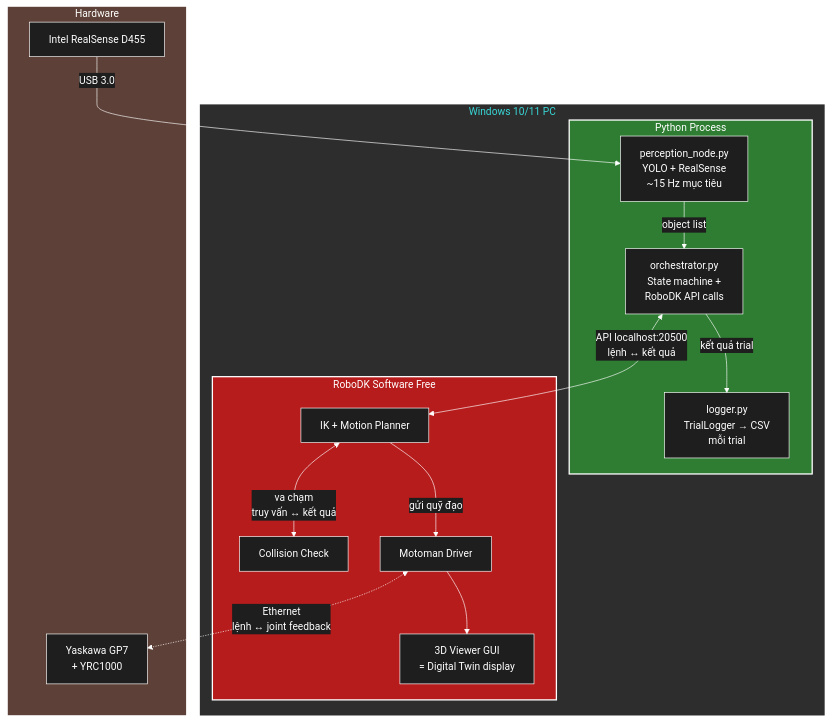
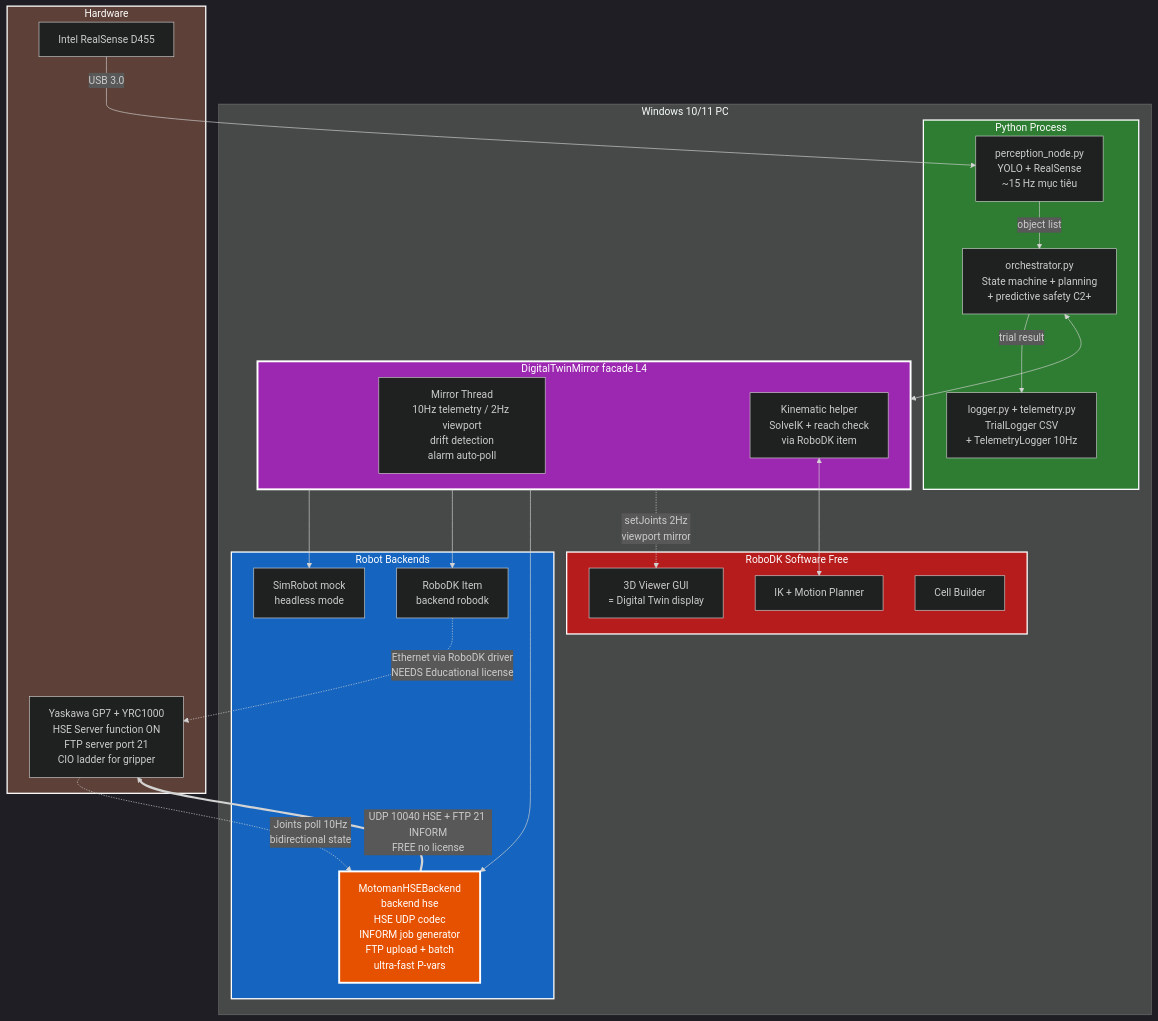
The second of 10 diagrams in docs/phat_bieu_bai_toan_v3_2_HD.md (manhhv87/DTwinGP7), drawn with Mermaid before and after one commit. The commit also changed other lines of this file and 37 other files, not shown here.

First line of the commit message:
feat: Level-4 bidirectional digital twin + HSE backend bypass

````diff
--- a/docs/phat_bieu_bai_toan_v3_2_HD.md
+++ b/docs/phat_bieu_bai_toan_v3_2_HD.md
@@ -48,37 +67,55 @@
 ```mermaid
-%%{init: {'theme':'base', 'themeVariables': {'fontSize':'16px','primaryColor':'#1565C0','primaryTextColor':'#fff','primaryBorderColor':'#fff','lineColor':'#fff','secondaryColor':'#2E7D32','tertiaryColor':'#C62828','background':'#1e1e1e','mainBkg':'#1e1e1e','secondBkg':'#252525','clusterBkg':'#2d2d2d','clusterBorder':'#fff','edgeLabelBackground':'#1e1e1e','textColor':'#fff'}}}%%
+%%{init: {'theme':'dark'}}%%
 flowchart TB
     subgraph PC["Windows 10/11 PC"]
         subgraph PY["Python Process"]
             P1[perception_node.py<br/>YOLO + RealSense<br/>~15 Hz mục tiêu]
-            P2[orchestrator.py<br/>State machine +<br/>RoboDK API calls]
-            P3[logger.py<br/>TrialLogger → CSV<br/>mỗi trial]
+            P2[orchestrator.py<br/>State machine + planning<br/>+ predictive safety C2+]
+            P3[logger.py + telemetry.py<br/>TrialLogger CSV<br/>+ TelemetryLogger 10Hz]
             P1 -->|object list| P2
-            P2 -->|kết quả trial| P3
+            P2 -->|trial result| P3
         end
-        
+
+        subgraph DT["DigitalTwinMirror facade L4"]
+            DTm[Mirror Thread<br/>10Hz telemetry / 2Hz viewport<br/>drift detection<br/>alarm auto-poll]
+            DTk[Kinematic helper<br/>SolveIK + reach check<br/>via RoboDK item]
+        end
+
+        subgraph BE["Robot Backends"]
+            BE1[SimRobot mock<br/>headless mode]
+            BE2[RoboDK Item<br/>backend robodk]
+            BE3[MotomanHSEBackend<br/>backend hse<br/>HSE UDP codec<br/>INFORM job generator<br/>FTP upload + batch<br/>ultra-fast P-vars]
+        end
+
         subgraph RDK["RoboDK Software Free"]
             R1[3D Viewer GUI<br/>= Digital Twin display]
             R2[IK + Motion Planner]
-            R3[Collision Check]
-            R4[Motoman Driver]
+            R3[Cell Builder]
         end
-        
-        P2 <-->|API localhost:20500<br/>lệnh ↔ kết quả| R2
-        R2 <-->|va chạm<br/>truy vấn ↔ kết quả| R3
-        R2 -->|gửi quỹ đạo| R4
+
+        P2 <--> DT
+        DT --> BE1
+        DT --> BE2
+        DT --> BE3
+        DT -.->|setJoints 2Hz<br/>viewport mirror| R1
+        DTk <--> R2
     end
-    
+
     subgraph HW["Hardware"]
         CAM[Intel RealSense D455]
-        GP7[Yaskawa GP7<br/>+ YRC1000]
+        GP7[Yaskawa GP7 + YRC1000<br/>HSE Server function ON<br/>FTP server port 21<br/>CIO ladder for gripper]
     end
-    
+
     CAM -->|USB 3.0| P1
-    R4 <-.->|Ethernet<br/>lệnh ↔ joint feedback| GP7
-    R4 --> R1
-    
+
+    BE2 -.->|Ethernet via RoboDK driver<br/>NEEDS Educational license| GP7
+    BE3 ==>|UDP 10040 HSE + FTP 21 INFORM<br/>FREE no license| GP7
+    GP7 -.->|Joints poll 10Hz<br/>bidirectional state| BE3
+
     style PY fill:#2E7D32,stroke:#fff,stroke-width:2px,color:#fff
+    style DT fill:#9C27B0,stroke:#fff,stroke-width:3px,color:#fff
+    style BE fill:#1565C0,stroke:#fff,stroke-width:2px,color:#fff
     style RDK fill:#B71C1C,stroke:#fff,stroke-width:2px,color:#fff
     style HW fill:#5D4037,stroke:#fff,stroke-width:2px,color:#fff
+    style BE3 fill:#E65100,stroke:#fff,stroke-width:3px,color:#fff
 ```
````
